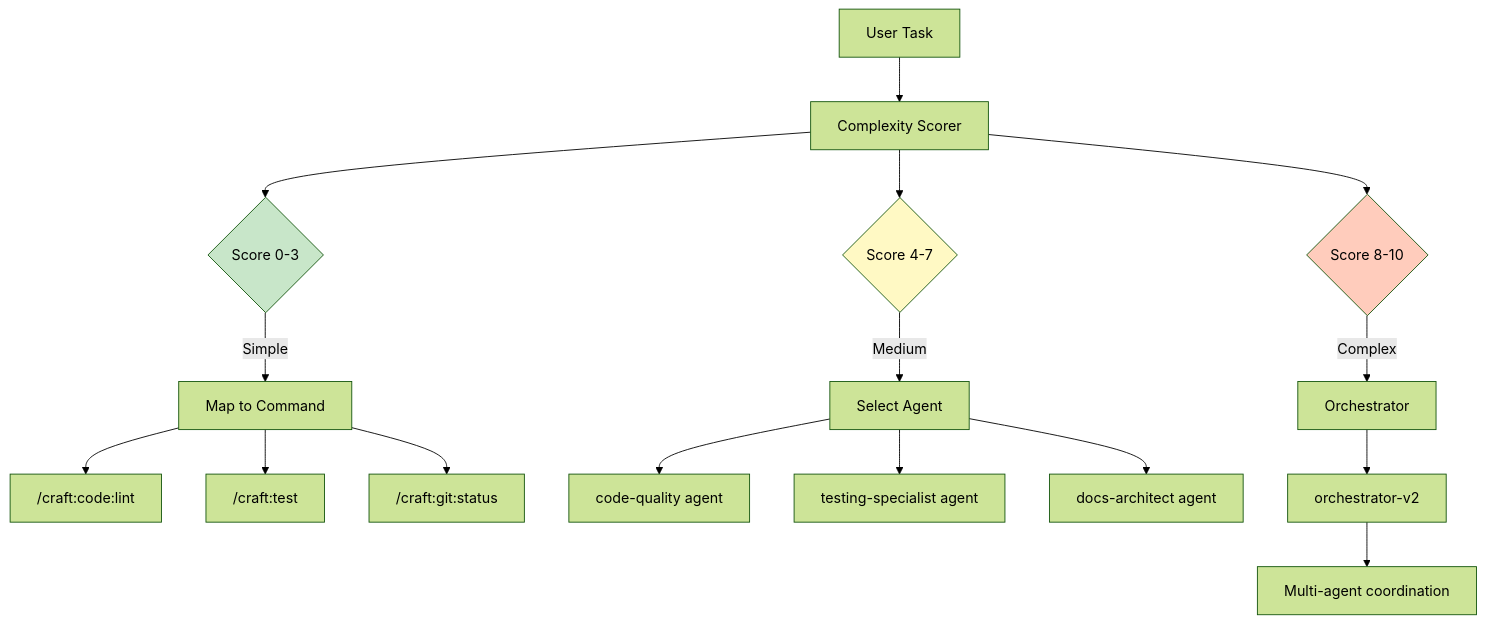
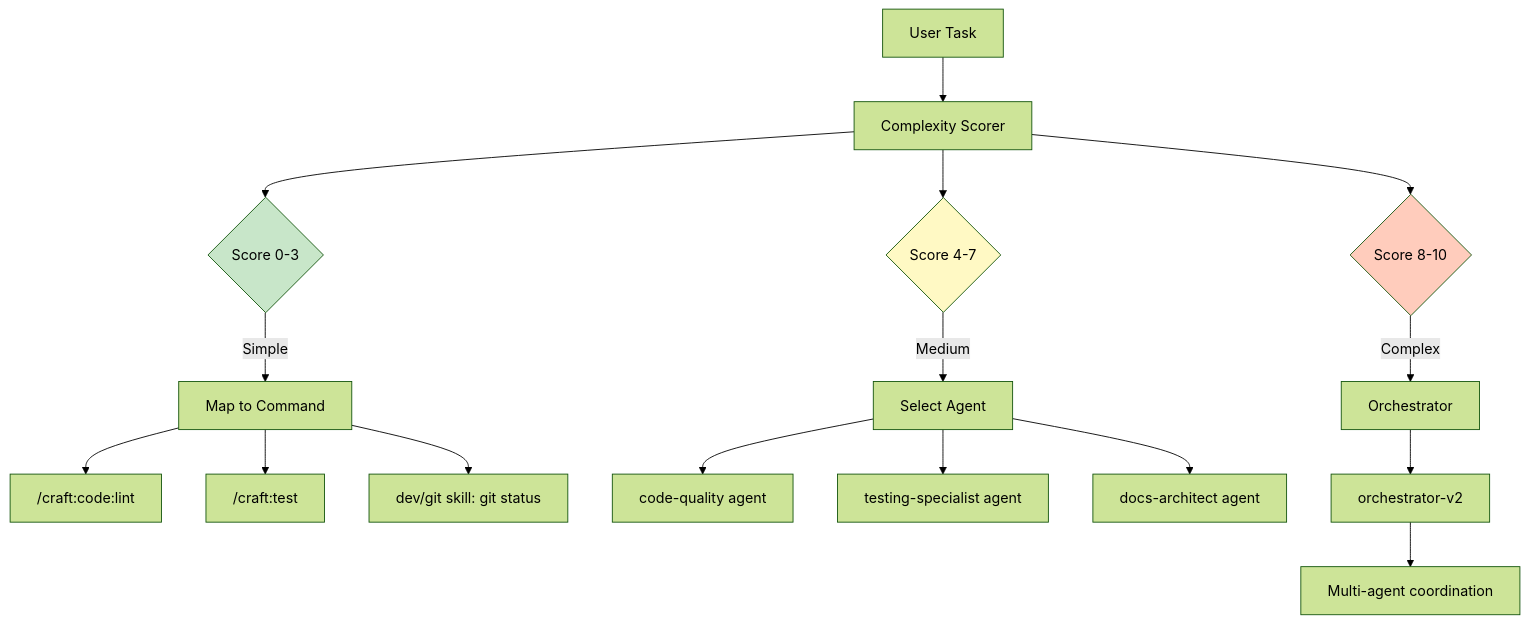
The fifth of 10 diagrams in docs/ARCHITECTURE-CLAUDE-CODE-2.1.md (Data-Wise/craft), drawn with Mermaid (forest theme) before and after one commit. The commit also changed 105 other files, not shown here.

First line of the commit message:
fix(v4): T3.5.2 batch 2/2 — kill 7 git shim commands (guard/protect/unprotect/status/clean/branch/protect-baseline)

````diff
--- a/docs/ARCHITECTURE-CLAUDE-CODE-2.1.md
+++ b/docs/ARCHITECTURE-CLAUDE-CODE-2.1.md
@@ -219,26 +219,26 @@
 ```mermaid
 graph TB
     Task[User Task] --> Score[Complexity Scorer]
 
     Score --> R0_3{Score 0-3}
     Score --> R4_7{Score 4-7}
     Score --> R8_10{Score 8-10}
 
     R0_3 -->|Simple| Map1[Map to Command]
     Map1 --> Exec1["/craft:code:lint"]
     Map1 --> Exec2["/craft:test"]
-    Map1 --> Exec3["/craft:git:status"]
+    Map1 --> Exec3["dev/git skill: git status"]
 
     R4_7 -->|Medium| Map2[Select Agent]
     Map2 --> A1[code-quality agent]
     Map2 --> A2[testing-specialist agent]
     Map2 --> A3[docs-architect agent]
 
     R8_10 -->|Complex| Map3[Orchestrator]
     Map3 --> O1[orchestrator-v2]
     O1 --> Multi[Multi-agent coordination]
 
     style R0_3 fill:#c8e6c9
     style R4_7 fill:#fff9c4
     style R8_10 fill:#ffccbc
 ```
````
